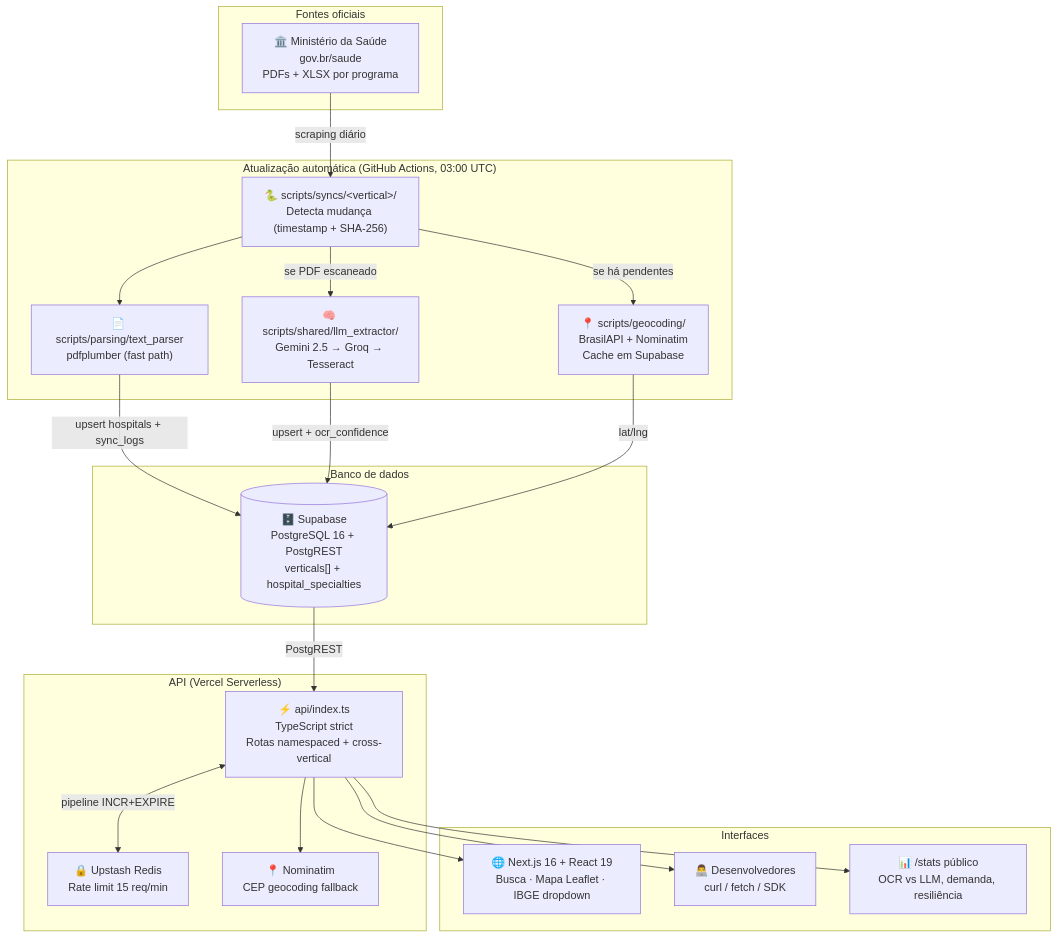
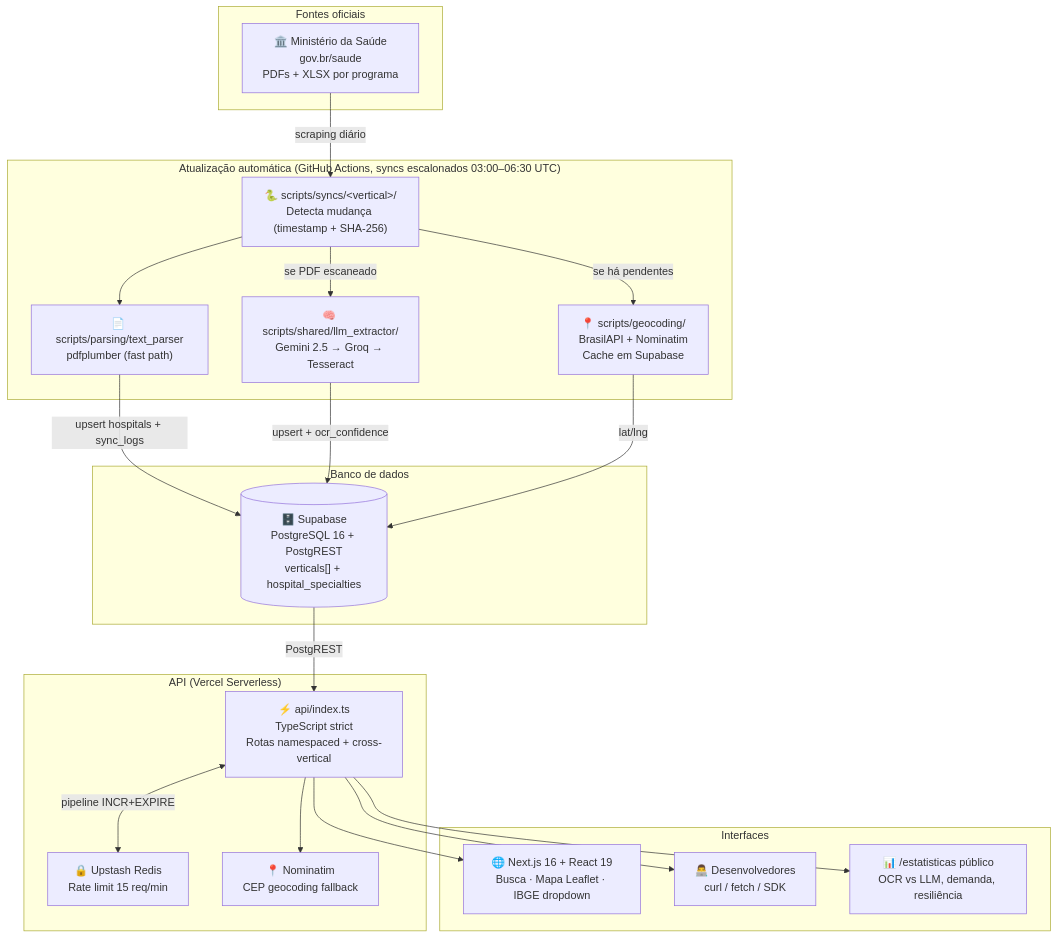
The first of 4 diagrams in README.md (Codar-Sistemas/hospitais-referencia-api), drawn with Mermaid before and after one commit. The commit also changed other lines of this file, not shown here.

````diff
--- a/README.md
+++ b/README.md
@@ -62,44 +72,44 @@
 ```mermaid
 graph TB
     subgraph "Fontes oficiais"
         MS["🏛️ Ministério da Saúde<br/>gov.br/saude<br/>PDFs + XLSX por programa"]
     end
 
-    subgraph "Atualização automática (GitHub Actions, 03:00 UTC)"
+    subgraph "Atualização automática (GitHub Actions, syncs escalonados 03:00–06:30 UTC)"
         SYNC["🐍 scripts/syncs/&lt;vertical&gt;/<br/>Detecta mudança (timestamp + SHA-256)"]
         TEXT["📄 scripts/parsing/text_parser<br/>pdfplumber (fast path)"]
         LLM["🧠 scripts/shared/llm_extractor/<br/>Gemini 2.5 → Groq → Tesseract"]
         GEO["📍 scripts/geocoding/<br/>BrasilAPI + Nominatim<br/>Cache em Supabase"]
     end
 
     subgraph "Banco de dados"
         SB[("🗄️ Supabase<br/>PostgreSQL 16 + PostgREST<br/>verticals[] + hospital_specialties")]
     end
 
     subgraph "API (Vercel Serverless)"
         VR["⚡ api/index.ts<br/>TypeScript strict<br/>Rotas namespaced + cross-vertical"]
         RL["🔒 Upstash Redis<br/>Rate limit 15 req/min"]
         NOM["📍 Nominatim<br/>CEP geocoding fallback"]
     end
 
     subgraph "Interfaces"
         WEB["🌐 Next.js 16 + React 19<br/>Busca · Mapa Leaflet · IBGE dropdown"]
         DEV["👨‍💻 Desenvolvedores<br/>curl / fetch / SDK"]
-        STATS["📊 /stats público<br/>OCR vs LLM, demanda, resiliência"]
+        STATS["📊 /estatisticas público<br/>OCR vs LLM, demanda, resiliência"]
     end
 
     MS -->|"scraping diário"| SYNC
     SYNC --> TEXT
     SYNC -->|"se PDF escaneado"| LLM
     TEXT -->|"upsert hospitals + sync_logs"| SB
     LLM -->|"upsert + ocr_confidence"| SB
     SYNC -->|"se há pendentes"| GEO
     GEO -->|"lat/lng"| SB
 
     SB -->|"PostgREST"| VR
     VR --> NOM
     VR <-->|"pipeline INCR+EXPIRE"| RL
     VR --> WEB
     VR --> DEV
     VR --> STATS
 ```
````
